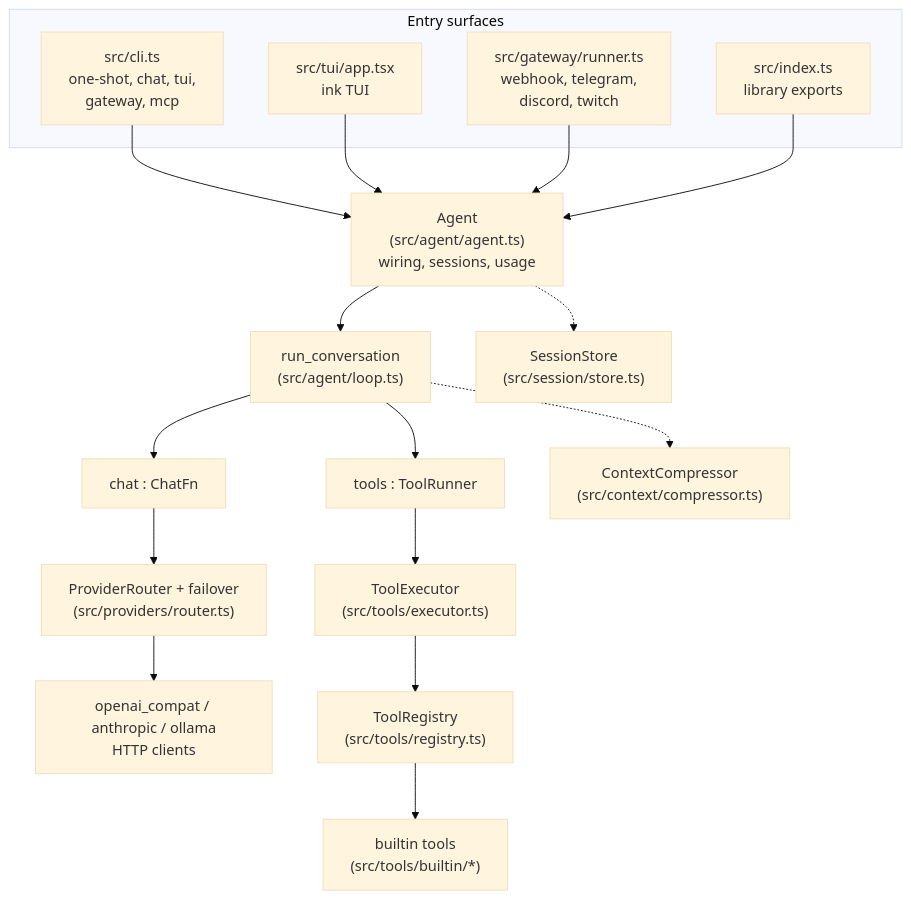
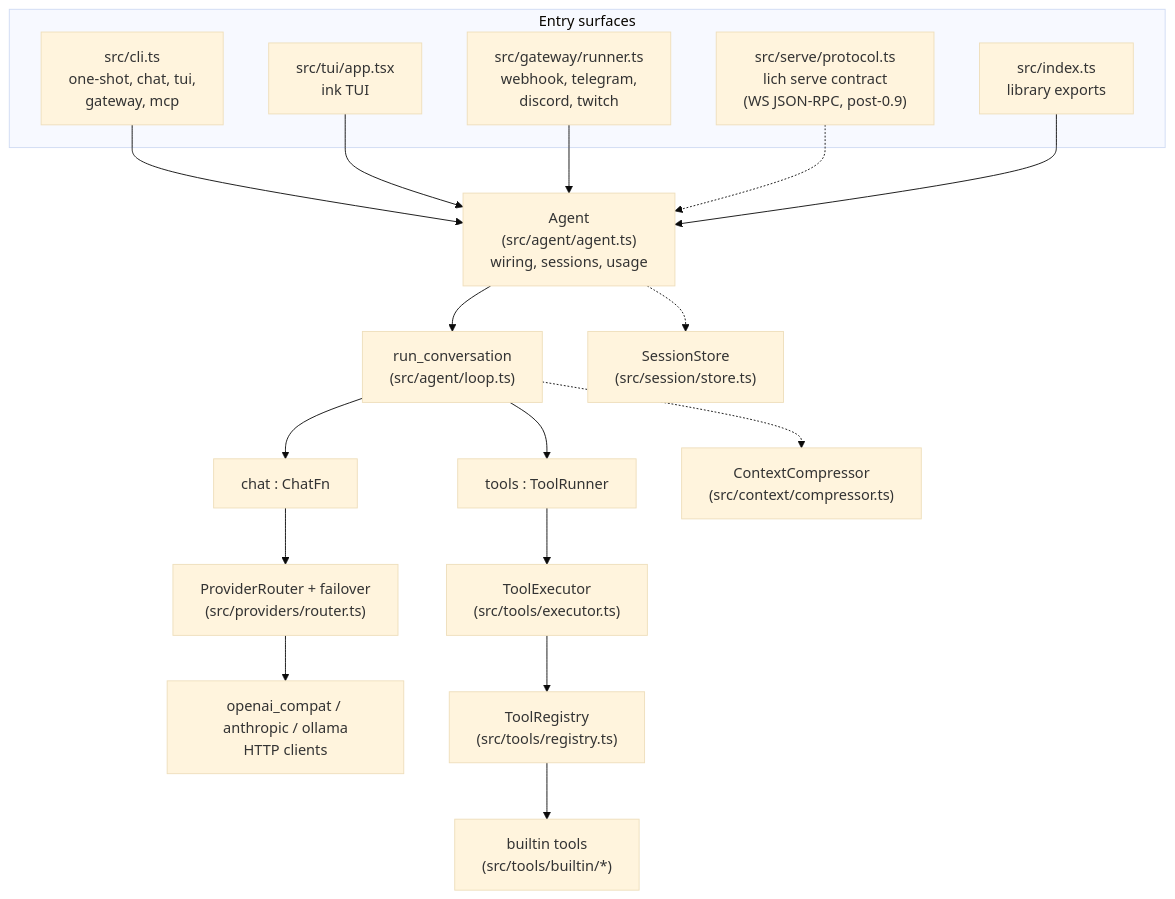
The diagram in docs/architecture/overview.md (Moikapy/lich), drawn with Mermaid (base theme) before and after one commit. The commit also changed other lines of this file and 6 other files, not shown here.

First line of the commit message:
feat(serve): JSON-RPC protocol types and architecture note (#80) (#97)

````diff
--- a/docs/architecture/overview.md
+++ b/docs/architecture/overview.md
@@ -17,35 +18,37 @@
 ```mermaid
 flowchart TB
     subgraph entry["Entry surfaces"]
         CLI["src/cli.ts<br/>one-shot, chat, tui,<br/>gateway, mcp"]
         TUI["src/tui/app.tsx<br/>ink TUI"]
         GW["src/gateway/runner.ts<br/>webhook, telegram,<br/>discord, twitch"]
+        SERVE["src/serve/protocol.ts<br/>lich serve contract<br/>(WS JSON-RPC, post-0.9)"]
         LIB["src/index.ts<br/>library exports"]
     end
     AGENT["Agent<br/>(src/agent/agent.ts)<br/>wiring, sessions, usage"]
     LOOP["run_conversation<br/>(src/agent/loop.ts)"]
     CHATFN["chat : ChatFn"]
     TOOLFN["tools : ToolRunner"]
     ROUTER["ProviderRouter + failover<br/>(src/providers/router.ts)"]
     CLIENTS["openai_compat / anthropic / ollama<br/>HTTP clients"]
     EXEC["ToolExecutor<br/>(src/tools/executor.ts)"]
     REG["ToolRegistry<br/>(src/tools/registry.ts)"]
         BUILTIN["builtin tools<br/>(src/tools/builtin/*)"]
     COMP["ContextCompressor<br/>(src/context/compressor.ts)"]
     SESSION["SessionStore<br/>(src/session/store.ts)"]
 
     CLI --> AGENT
     TUI --> AGENT
     GW --> AGENT
+    SERVE -.-> AGENT
     LIB --> AGENT
     AGENT --> LOOP
     LOOP --> CHATFN
     LOOP --> TOOLFN
     CHATFN --> ROUTER
     ROUTER --> CLIENTS
     TOOLFN --> EXEC
     EXEC --> REG
     REG --> BUILTIN
     LOOP -.-> COMP
     AGENT -.-> SESSION
 ```
````
